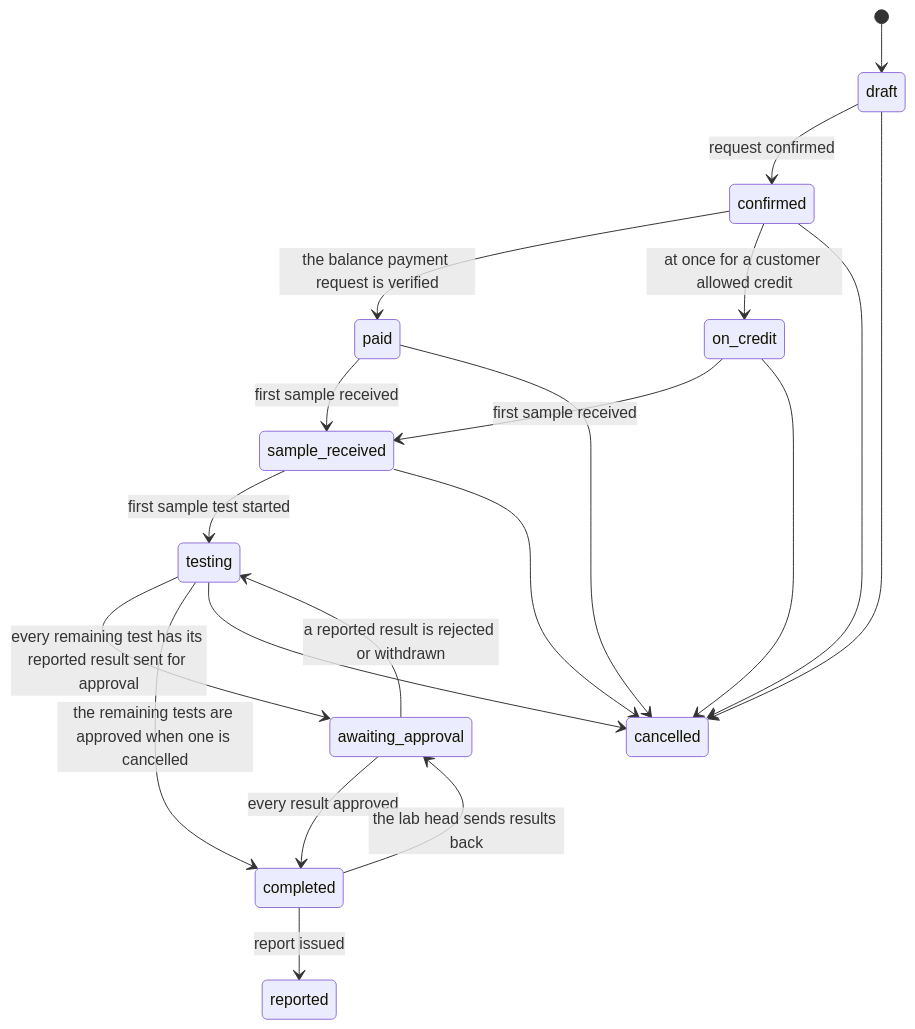
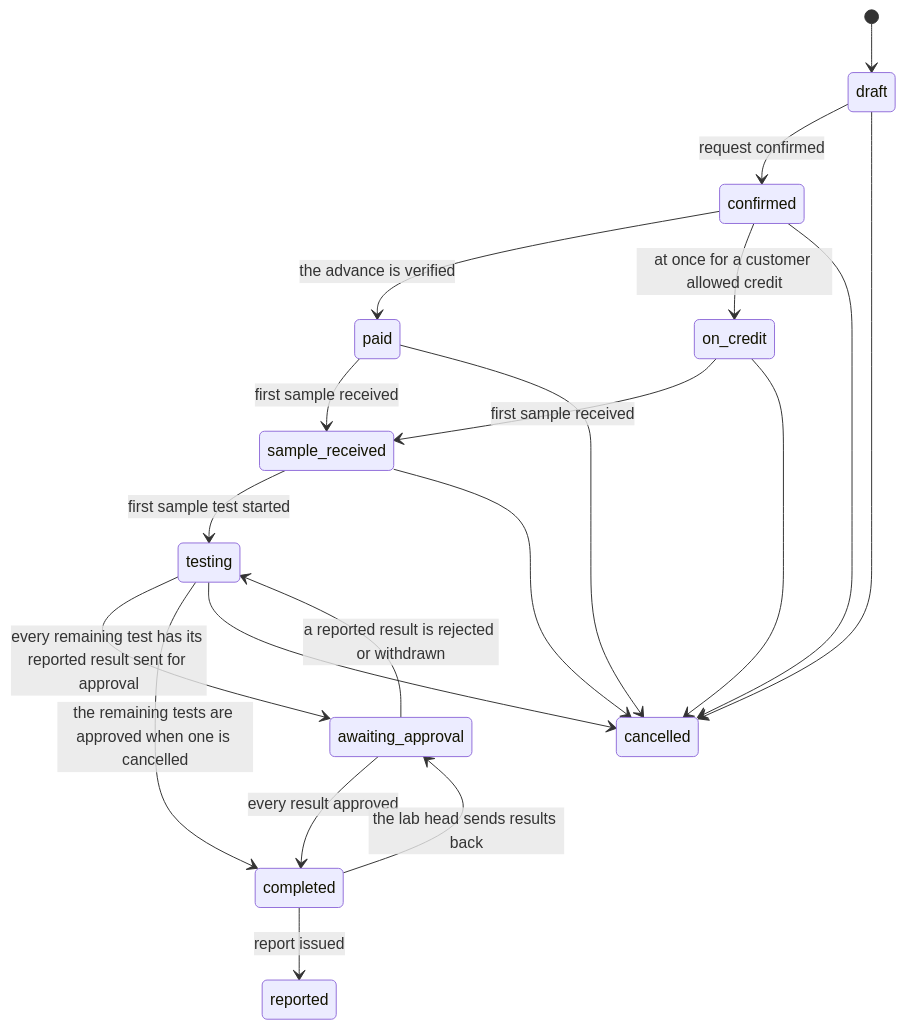
The second of 9 diagrams in docs/functional/laboratory_module/overview.md (SoltuneMontepre/medilab), drawn with Mermaid before and after one commit. The commit also changed other lines of this file and 18 other files, not shown here.

First line of the commit message:
[fix] Collect samples once the advance is verified and hold the report until the order is paid

````diff
--- a/docs/functional/laboratory_module/overview.md
+++ b/docs/functional/laboratory_module/overview.md
@@ -57,22 +57,22 @@
 ```mermaid
 stateDiagram-v2
     [*] --> draft
     draft --> confirmed: request confirmed
-    confirmed --> paid: the balance payment request is verified
+    confirmed --> paid: the advance is verified
     confirmed --> on_credit: at once for a customer allowed credit
     paid --> sample_received: first sample received
     on_credit --> sample_received: first sample received
     sample_received --> testing: first sample test started
     testing --> awaiting_approval: every remaining test has its reported result sent for approval
     awaiting_approval --> testing: a reported result is rejected or withdrawn
     awaiting_approval --> completed: every result approved
     testing --> completed: the remaining tests are approved when one is cancelled
     completed --> reported: report issued
     completed --> awaiting_approval: the lab head sends results back
     draft --> cancelled
     confirmed --> cancelled
     paid --> cancelled
     on_credit --> cancelled
     sample_received --> cancelled
     testing --> cancelled
 ```
````
